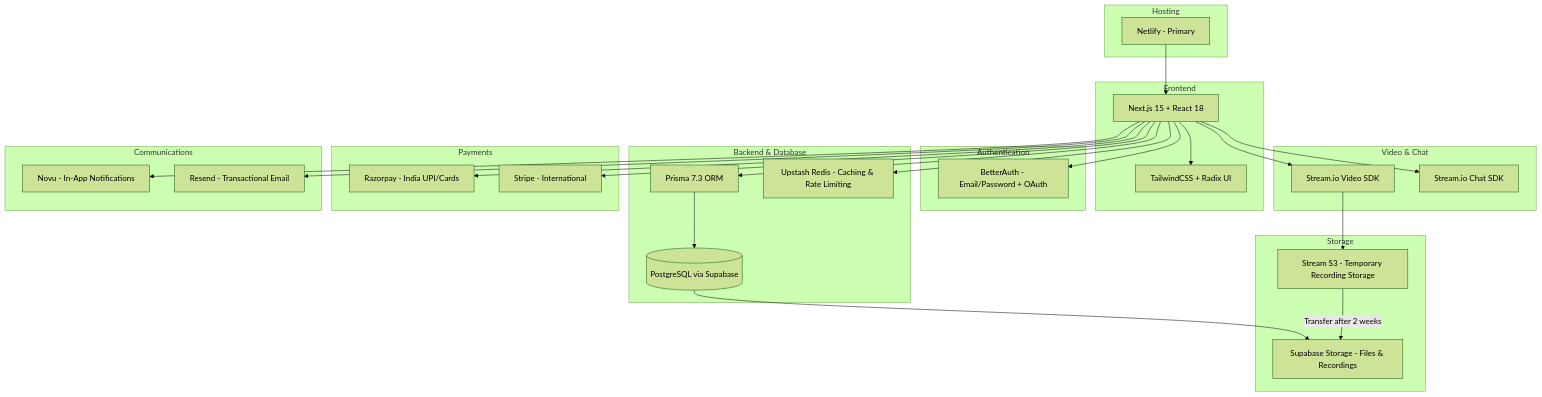
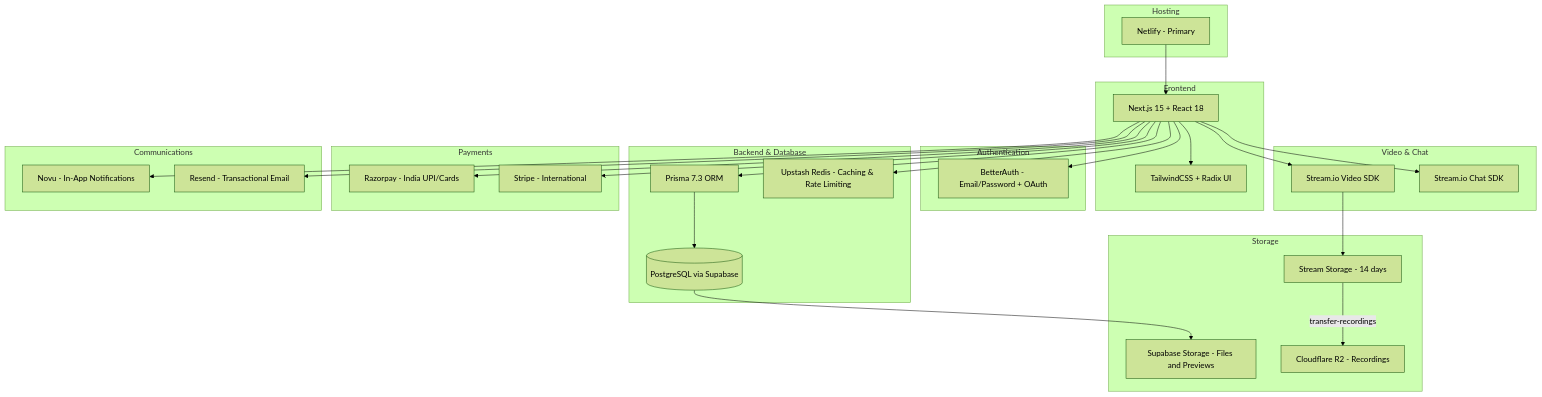
Before and after one commit to Practitionist/familiarise_web: the first of 21 diagrams in docs/team/platform-testing-playbook.md, drawn with Mermaid (forest theme). The commit also changed other lines of this file and 10 other files, not shown here.

Commit message:
docs(recordings): add storage, retention and visibility ADR and reconcile subsystem docs

````diff
--- a/docs/team/platform-testing-playbook.md
+++ b/docs/team/platform-testing-playbook.md
@@ -33,41 +33,41 @@
 ```mermaid
 graph TB
     subgraph "Frontend"
         A[Next.js 15 + React 18] --> B[TailwindCSS + Radix UI]
     end
 
     subgraph "Backend & Database"
         A --> C[Prisma 7.3 ORM]
         C --> D[(PostgreSQL via Supabase)]
         A --> E[Upstash Redis - Caching & Rate Limiting]
     end
 
     subgraph "Authentication"
         A --> F[BetterAuth - Email/Password + OAuth]
     end
 
     subgraph "Video & Chat"
         A --> G[Stream.io Video SDK]
         A --> H[Stream.io Chat SDK]
     end
 
     subgraph "Payments"
         A --> I[Razorpay - India UPI/Cards]
         A --> J[Stripe - International]
     end
 
     subgraph "Communications"
         A --> M[Novu - In-App Notifications]
         A --> N[Resend - Transactional Email]
     end
 
     subgraph "Storage"
-        D --> O[Supabase Storage - Files & Recordings]
-        G --> P[Stream S3 - Temporary Recording Storage]
-        P -->|Transfer after 2 weeks| O
+        D --> O[Supabase Storage - Files and Previews]
+        G --> P[Stream Storage - 14 days]
+        P -->|transfer-recordings| R2N[Cloudflare R2 - Recordings]
     end
 
     subgraph "Hosting"
         Q[Netlify - Primary] --> A
     end
 ```
````
